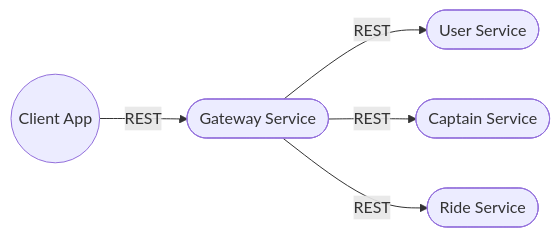
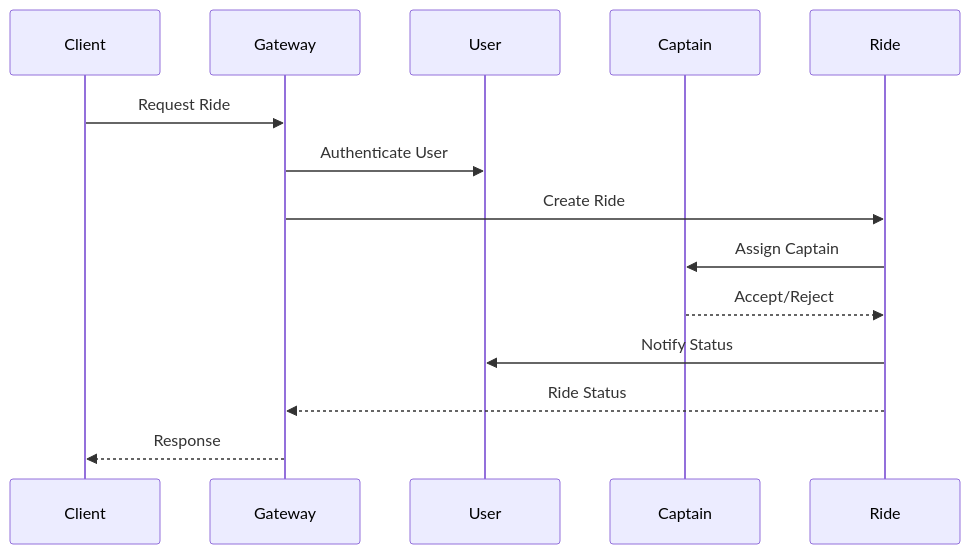
The diagram in README.md (Santoshpatel112/Micro-Services), drawn with Mermaid before and after one commit. The commit also changed other lines of this file, not shown here.

````diff
--- a/README.md
+++ b/README.md
@@ -32,12 +55,16 @@
 ```mermaid
-flowchart LR
-    Client((Client App))
-    Gateway([Gateway Service])
-    User([User Service])
-    Captain([Captain Service])
-    Ride([Ride Service])
-    Client-->|REST|Gateway
-    Gateway-->|REST|User
-    Gateway-->|REST|Captain
-    Gateway-->|REST|Ride
+sequenceDiagram
+    participant Client
+    participant Gateway
+    participant User
+    participant Captain
+    participant Ride
+    Client->>Gateway: Request Ride
+    Gateway->>User: Authenticate User
+    Gateway->>Ride: Create Ride
+    Ride->>Captain: Assign Captain
+    Captain-->>Ride: Accept/Reject
+    Ride->>User: Notify Status
+    Ride-->>Gateway: Ride Status
+    Gateway-->>Client: Response
 ```
````
